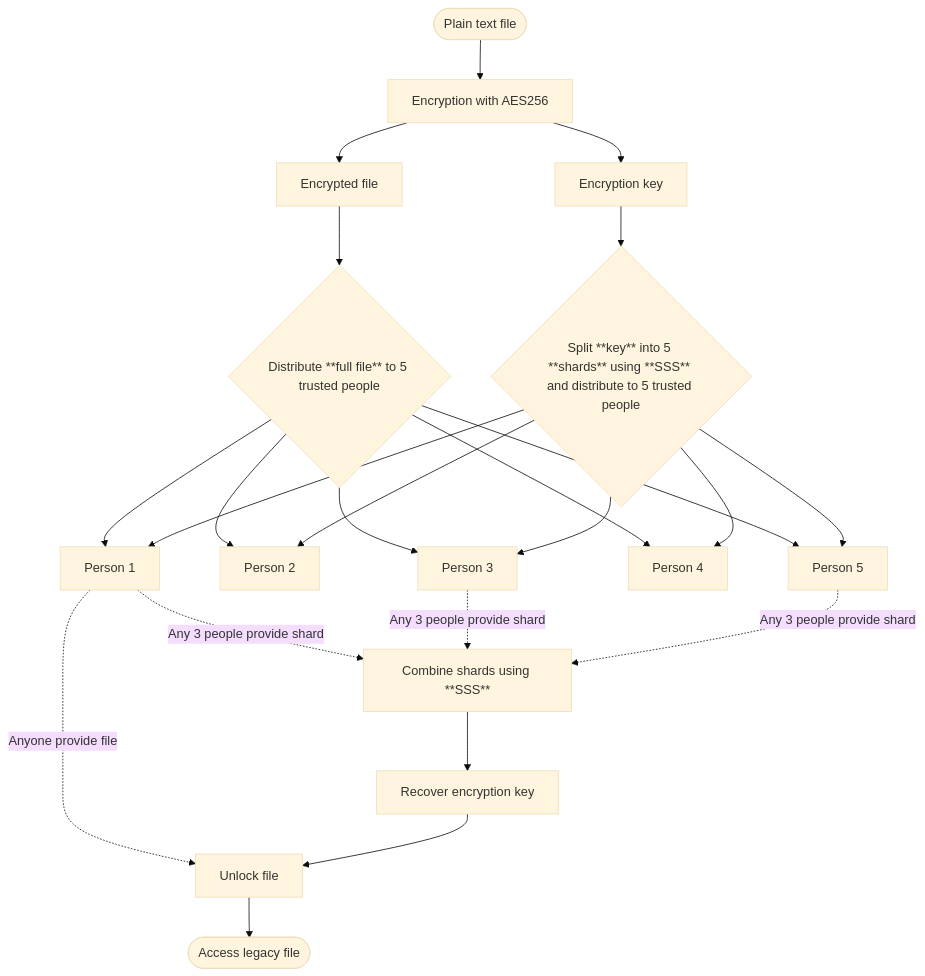
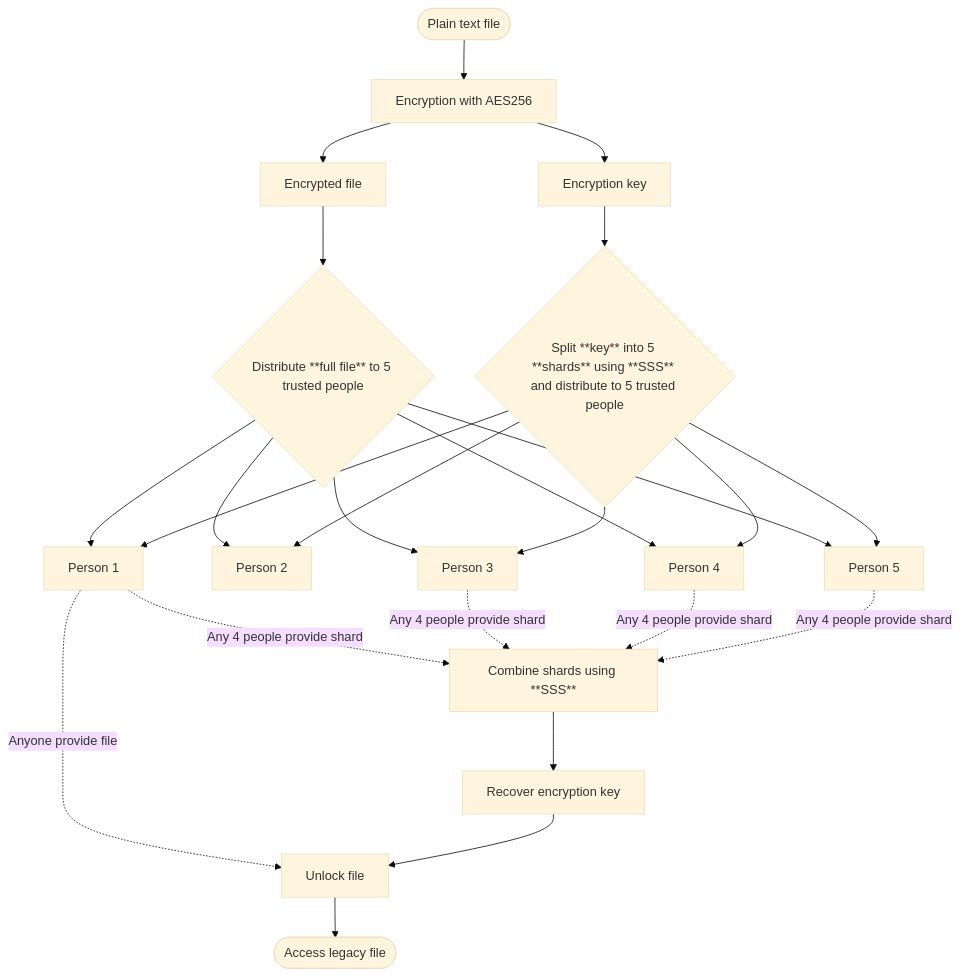
One commit to Favo02/bruta-fin changed the diagram in README.md. Above: the diagram before and after it, drawn with Mermaid (base theme). The commit also changed other lines of this file, not shown here.

````diff
--- a/README.md
+++ b/README.md
@@ -14,35 +14,35 @@
 ```mermaid
 graph TD
 
     Plain([Plain text file]) --> Encrypt[Encryption with AES256]
 
     Encrypt --> File[Encrypted file]
     Encrypt --> Key[Encryption key]
 
     P1[Person 1]
     P2[Person 2]
     P3[Person 3]
     P4[Person 4]
     P5[Person 5]
 
     File --> Distribute{Distribute **full file** to 5 trusted people}
     Distribute --> P1
     Distribute --> P2
     Distribute --> P3
     Distribute --> P4
     Distribute --> P5
 
     Key --> Split{Split **key** into 5 **shards** using **SSS** and distribute to 5 trusted people}
     Split --> P1
     Split --> P2
     Split --> P3
     Split --> P4
     Split --> P5
 
-    P1 & P3 & P5 -.-> |Any 3 people provide shard| Combine
+    P1 & P3 & P4 & P5 -.-> |Any 4 people provide shard| Combine
     Combine[Combine shards using **SSS**] --> RecoveredKey[Recover encryption key]
 
     P1 -.-> |Anyone provide file| Unlock[Unlock file]
     RecoveredKey --> Unlock
     Unlock --> Success([Access legacy file])
 ```
````
